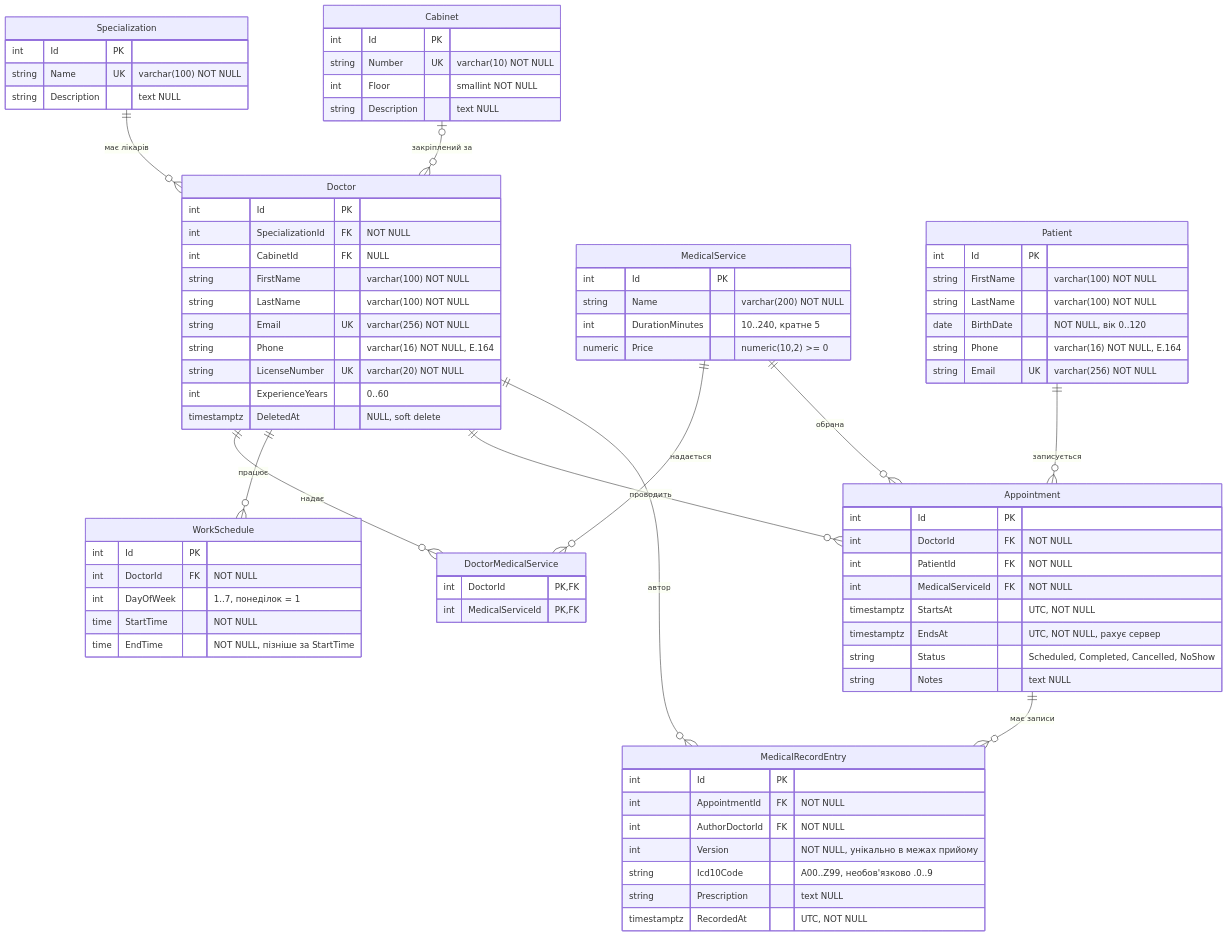
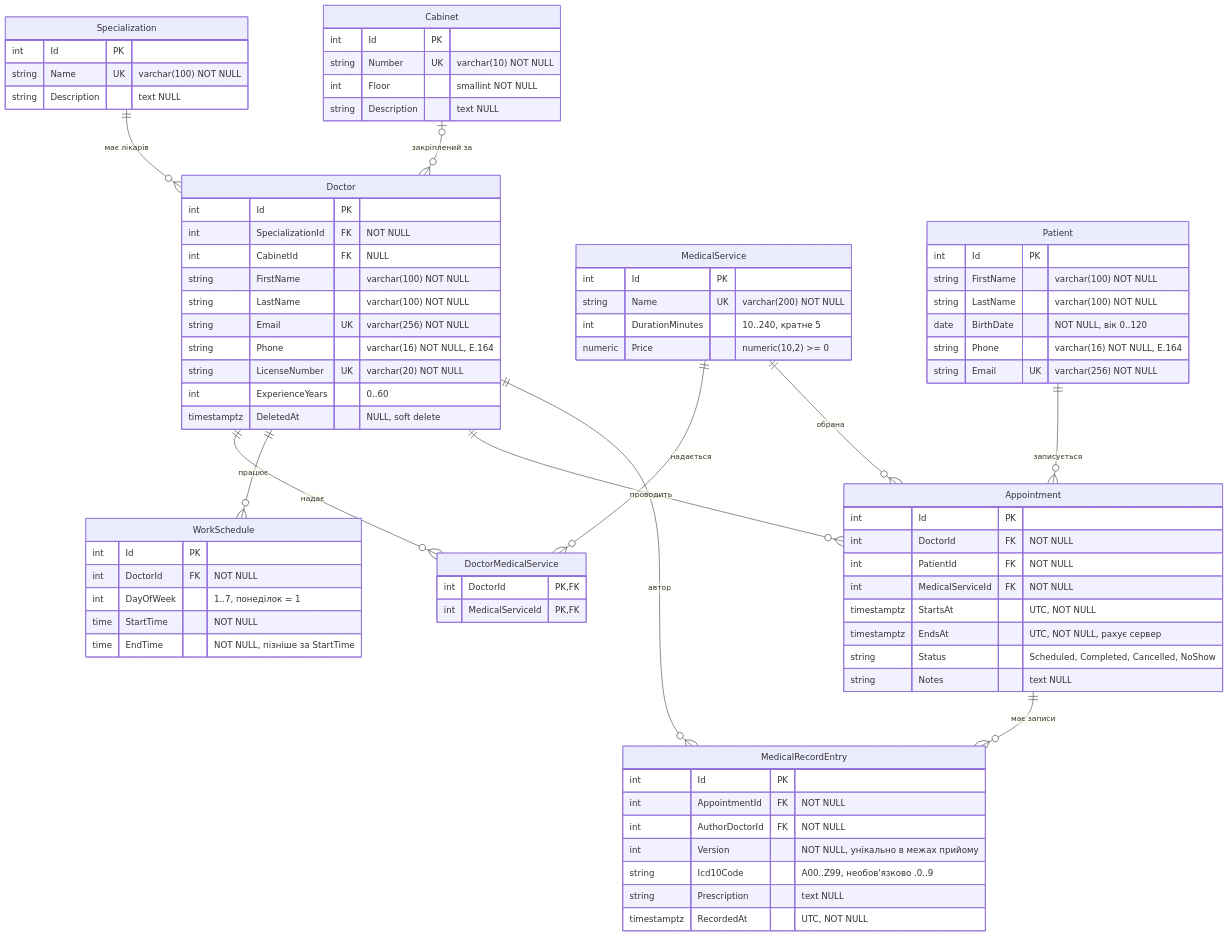
Before and after one commit to PNU-Server-Web-2026/team-04-clinic: the diagram in docs/erd.md, drawn with Mermaid. The commit also changed other lines of this file and 7 other files, not shown here.

```diff
--- a/docs/erd.md
+++ b/docs/erd.md
@@ -56,7 +56,7 @@
 
     MedicalService {
         int Id PK
-        string Name "varchar(200) NOT NULL"
+        string Name UK "varchar(200) NOT NULL"
         int DurationMinutes "10..240, кратне 5"
         numeric Price "numeric(10,2) >= 0"
     }
```
